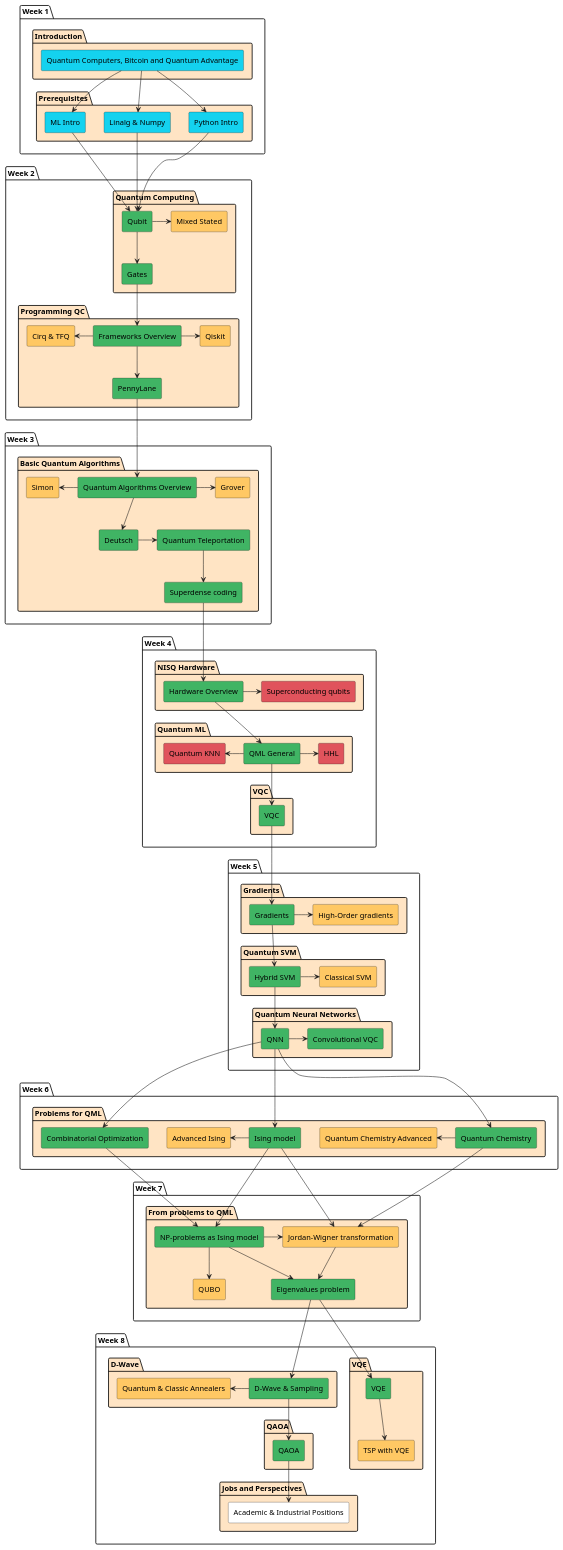
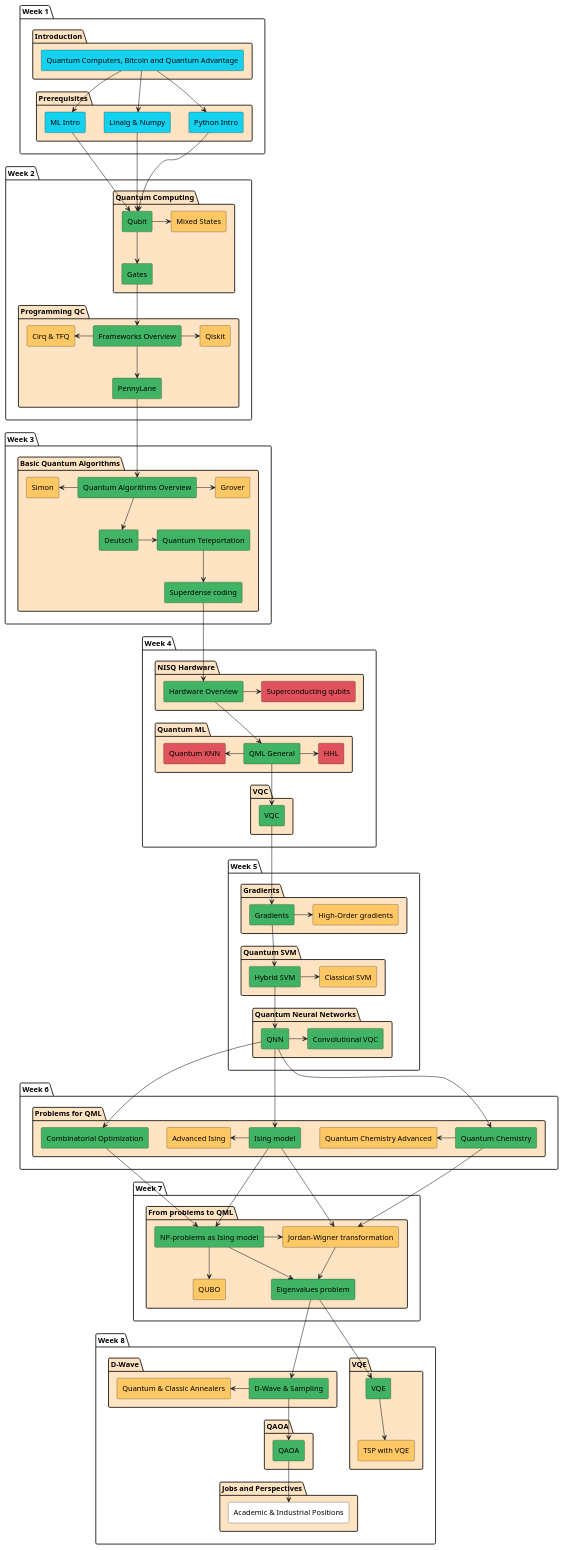
One commit to quantum-ods/qmlcourse changed the diagram in qmlcourse/_static/index/program.plantuml. Above: the diagram before and after it, drawn with PlantUML.

Commit message:
fix: name lec into program

```diff
--- a/qmlcourse/_static/index/program.plantuml
+++ b/qmlcourse/_static/index/program.plantuml
@@ -1,190 +1,190 @@
 @startuml
 package "Week 1" {
         package "Introduction" #Bisque {
                 rectangle "Quantum Computers, Bitcoin and Quantum Advantage" as intro #14D2EF
         }
 
         package "Prerequisites" #Bisque {
                 rectangle "Python Intro" as python_intro #14D2EF
                 rectangle "Linalg & Numpy" as linalg_numpy_intro #14D2EF
                 rectangle "ML Intro" as ml_intro #14D2EF
         }
 }
 
 intro --> python_intro
 intro --> linalg_numpy_intro
 intro --> ml_intro
 
 package "Week 2" {
         package "Quantum Computing" as qci #Bisque {
                 rectangle "Qubit" as qubit #40B464
                 rectangle "Gates" as gates #40B464
-                rectangle "Mixed Stated" as mixed #FFC864
+                rectangle "Mixed States" as mixed #FFC864
         }
 
         package "Programming QC" #Bisque {
                 rectangle "Frameworks Overview" as frameworks_overview #40B464
                 rectangle "PennyLane" as pennylane #40B464
                 rectangle "Cirq & TFQ" as cirq_tfq #FFC864
                 rectangle "Qiskit" as qiskit #FFC864
         }
 }
 
 python_intro --> qubit
 linalg_numpy_intro --> qubit
 ml_intro --> qubit
 
 qubit --> gates
 qubit -> mixed
 
 gates --> frameworks_overview
 frameworks_overview --> pennylane
 cirq_tfq <- frameworks_overview
 frameworks_overview -> qiskit
 
 package "Week 3" {
         package "Basic Quantum Algorithms" as qalgo #Bisque {
                 rectangle "Quantum Algorithms Overview" as quantum_algorithms_overview #40B464
                 rectangle "Deutsch" as deutsch #40B464
                 rectangle "Quantum Teleportation" as quantum_teleportation #40B464
                 rectangle "Superdense coding" as superdense_coding #40B464
                 rectangle "Grover" as grover #FFC864
                 rectangle "Simon" as saimon #FFC864
         }
 
 }
 
 pennylane --> quantum_algorithms_overview
 
 quantum_algorithms_overview --> deutsch
 quantum_algorithms_overview -> grover
 saimon <- quantum_algorithms_overview
 
 deutsch -> quantum_teleportation
 quantum_teleportation --> superdense_coding
 
 package "Week 4" {
 
         package "NISQ Hardware" #Bisque {
                 rectangle "Hardware Overview" as hardware_overview #40B464
                 rectangle "Superconducting qubits" as superconducting_qubits #E0535C
         }
 
         package "Quantum ML" #Bisque {
                 rectangle "QML General" as qml_general #40B464
                 rectangle "HHL" as hhl #E0535C
                 rectangle "Quantum KNN" as qknn #E0535C
         }
 
         package "VQC" #Bisque {
                 rectangle "VQC" as vqc #40B464
         }
 
 }
 
 superdense_coding --> hardware_overview
 hardware_overview -> superconducting_qubits
 
 hardware_overview --> qml_general
 
 qml_general -> hhl
 qknn <- qml_general
 
 qml_general --> vqc
 
 package "Week 5" {
 
         package "Gradients" #Bisque {
                 rectangle "Gradients" as gradients #40B464
                 rectangle "High-Order gradients" as high_gradients #FFC864
         }
 
         package "Quantum SVM" #Bisque {
                 rectangle "Hybrid SVM" as hybrid_svm #40B464
                 rectangle "Classical SVM" as classical_svm #FFC864
         }
 
         package "Quantum Neural Networks" #Bisque {
                 rectangle "QNN" as quantum_nn #40B464
 '                rectangle "Barren plateaus" as barren #FFC864
                 rectangle "Convolutional VQC" as quantum_cnn #40B464
         }
 }
 
 vqc --> gradients
 gradients -> high_gradients
 
 gradients --> hybrid_svm
 hybrid_svm -> classical_svm
 
 hybrid_svm --> quantum_nn
 quantum_nn -> quantum_cnn
 
 package "Week 6" {
         package "Problems for QML" #Bisque {
                 rectangle "Ising model" as ising #40B464
                 rectangle "Advanced Ising" as ising_advanced #FFC864
                 rectangle "Combinatorial Optimization" as combinatorial_optimization #40B464
                 rectangle "Quantum Chemistry" as quantum_chemistry #40B464
                 rectangle "Quantum Chemistry Advanced" as quantum_chemistry_advanced #FFC864
         }
 }
 
 quantum_nn --> ising
 quantum_nn --> combinatorial_optimization
 quantum_nn --> quantum_chemistry
 
 ising_advanced <- ising
 quantum_chemistry_advanced <- quantum_chemistry
 
 package "Week 7" {
         package "From problems to QML" #Bisque {
                 rectangle "NP-problems as Ising model" as np_problem_ising #40B464
                 rectangle "Jordan-Wigner transformation" as jordan_wigner #FFC864
                 rectangle "QUBO" as qubo #FFC864
                 rectangle "Eigenvalues problem" as eigenvalues_problem #40B464
         }
 
 }
 
 combinatorial_optimization --> np_problem_ising
 ising --> np_problem_ising
 ising --> jordan_wigner
 quantum_chemistry --> jordan_wigner
 
 np_problem_ising --> eigenvalues_problem
 jordan_wigner <- np_problem_ising
 np_problem_ising --> qubo
 jordan_wigner --> eigenvalues_problem
 
 package "Week 8" {
         package "VQE" #Bisque {
                 rectangle "VQE" as vqe #40B464
                 rectangle "TSP with VQE" as tsp_with_vqe #FFC864
         }
 
         package "D-Wave" #Bisque {
                 rectangle "D-Wave & Sampling" as d_wave #40B464
                 rectangle "Quantum & Classic Annealers" as q_c_annealers #FFC864
         }
 
         package "QAOA" #Bisque {
                 rectangle "QAOA" as qaoa #40B464
         }
 
         package "Jobs and Perspectives" as jobs #Bisque {
                 rectangle "Academic & Industrial Positions" as academic_industrial #White
         }
 }
 
 eigenvalues_problem --> vqe
 eigenvalues_problem --> d_wave
 
 vqe --> tsp_with_vqe
 
 q_c_annealers <- d_wave
 d_wave --> qaoa
 
 qaoa --> academic_industrial
 
 @enduml
```
